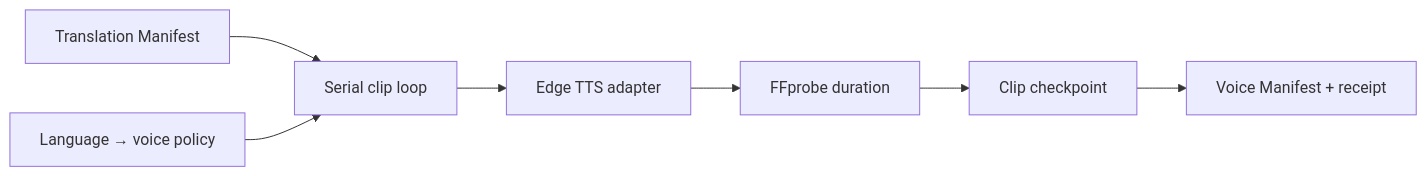
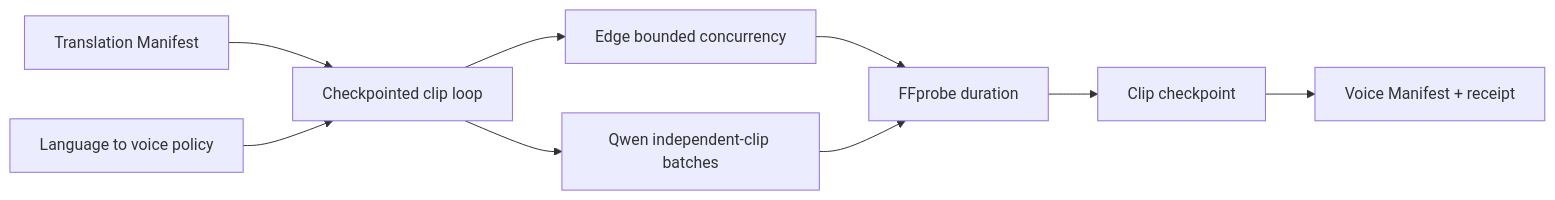
The diagram in docs/mvp/voice-rendering/capability-dag.md (wohuishuo/cc-video-pipeline), drawn with Mermaid before and after one commit. The commit also changed 11 other files, not shown here.

````diff
--- a/docs/mvp/voice-rendering/capability-dag.md
+++ b/docs/mvp/voice-rendering/capability-dag.md
@@ -3,9 +3,11 @@
 ```mermaid
 flowchart LR
-    translation["Translation Manifest"] --> loop["Serial clip loop"]
-    voices["Language → voice policy"] --> loop
-    loop --> tts["Edge TTS adapter"]
-    tts --> probe["FFprobe duration"]
+    translation["Translation Manifest"] --> loop["Checkpointed clip loop"]
+    voices["Language to voice policy"] --> loop
+    loop --> edge["Edge bounded concurrency"]
+    loop --> qwen["Qwen independent-clip batches"]
+    edge --> probe["FFprobe duration"]
+    qwen --> probe
     probe --> checkpoint["Clip checkpoint"]
     checkpoint --> manifest["Voice Manifest + receipt"]
 ```
````
